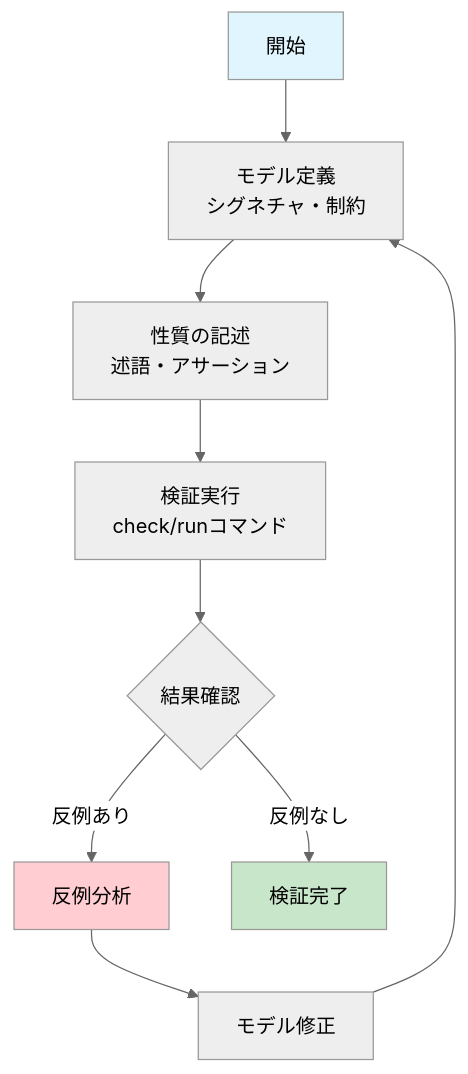
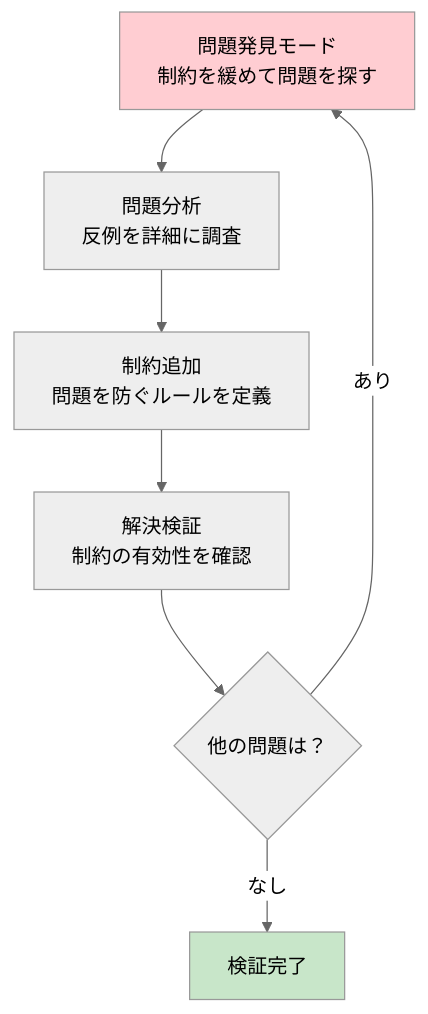
One commit to pixcelo/zenn-content changed the second of 2 diagrams in articles/alloy-formal-methods-verification.md. Above: the diagram before and after it, drawn with Mermaid (neutral theme). The commit also changed other lines of this file, not shown here.

````diff
--- a/articles/alloy-formal-methods-verification.md
+++ b/articles/alloy-formal-methods-verification.md
@@ -1029,15 +722,12 @@
 ```mermaid
 flowchart TD
-    A[開始] --> B[モデル定義<br/>シグネチャ・制約]
-    B --> C[性質の記述<br/>述語・アサーション]
-    C --> D[検証実行<br/>check/runコマンド]
-    D --> E{結果確認}
-    E -->|反例あり| F[反例分析]
-    F --> G[モデル修正]
-    G --> B
-    E -->|反例なし| H[検証完了]
+    A[問題発見モード<br/>制約を緩めて問題を探す] --> B[問題分析<br/>反例を詳細に調査]
+    B --> C[制約追加<br/>問題を防ぐルールを定義]
+    C --> D[解決検証<br/>制約の有効性を確認]
+    D --> E{他の問題は？}
+    E -->|あり| A
+    E -->|なし| F[検証完了]
     
-    style A fill:#e1f5fe
-    style H fill:#c8e6c9
-    style F fill:#ffcdd2
+    style A fill:#ffcdd2
+    style F fill:#c8e6c9
 ```
````
